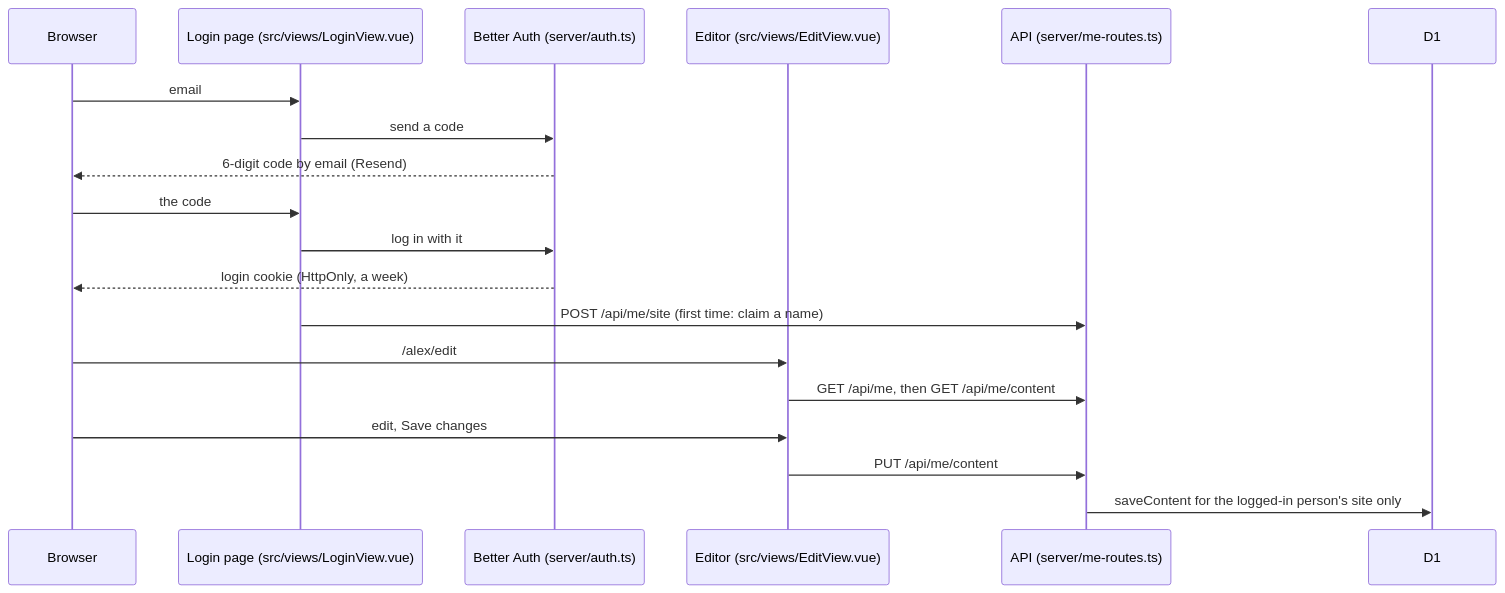
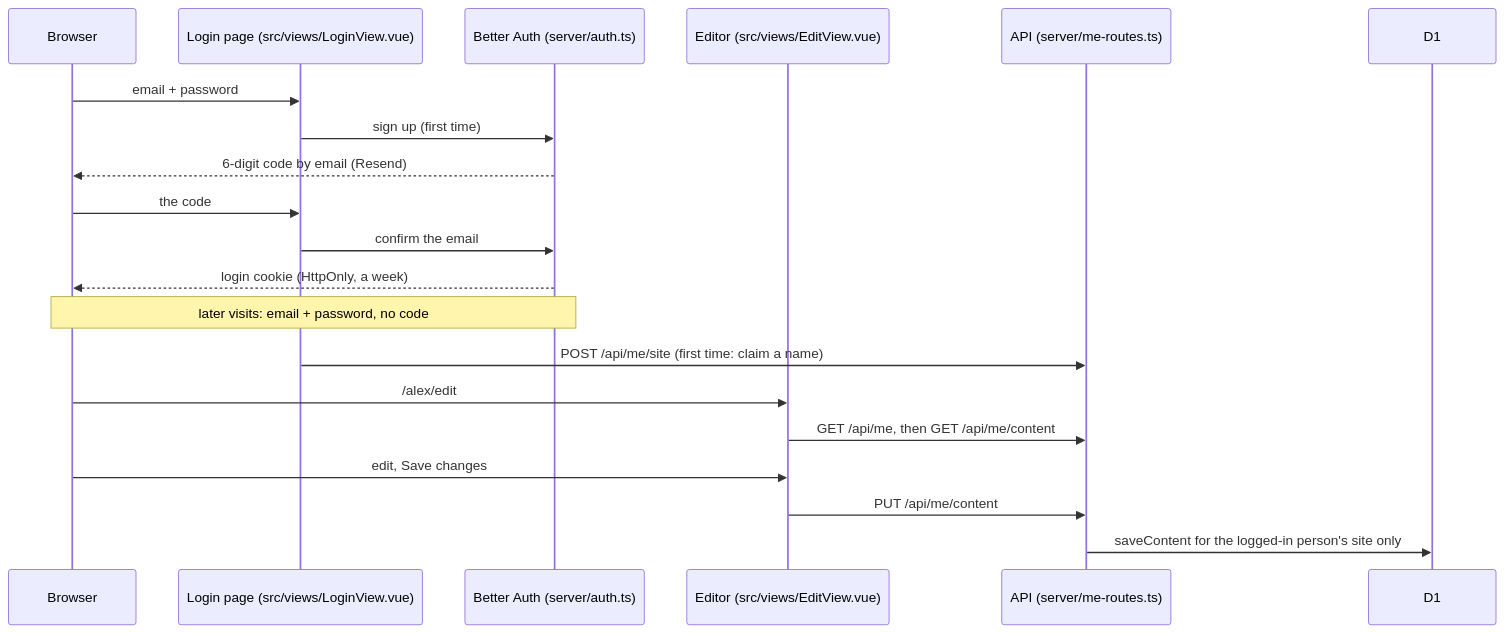
The third of 3 diagrams in docs/guide.md (NabilRobert/author-website), drawn with Mermaid before and after one commit. The commit also changed other lines of this file and 25 other files, not shown here.

First line of the commit message:
feat(auth): log in with an email and password

````diff
--- a/docs/guide.md
+++ b/docs/guide.md
@@ -69,21 +69,22 @@
 ```mermaid
 sequenceDiagram
   participant B as Browser
   participant L as Login page (src/views/LoginView.vue)
   participant A as Better Auth (server/auth.ts)
   participant E as Editor (src/views/EditView.vue)
   participant S as API (server/me-routes.ts)
   participant D as D1
-  B->>L: email
-  L->>A: send a code
+  B->>L: email + password
+  L->>A: sign up (first time)
   A-->>B: 6-digit code by email (Resend)
   B->>L: the code
-  L->>A: log in with it
+  L->>A: confirm the email
   A-->>B: login cookie (HttpOnly, a week)
+  Note over B,A: later visits: email + password, no code
   L->>S: POST /api/me/site (first time: claim a name)
   B->>E: /alex/edit
   E->>S: GET /api/me, then GET /api/me/content
   B->>E: edit, Save changes
   E->>S: PUT /api/me/content
   S->>D: saveContent for the logged-in person's site only
 ```
````
